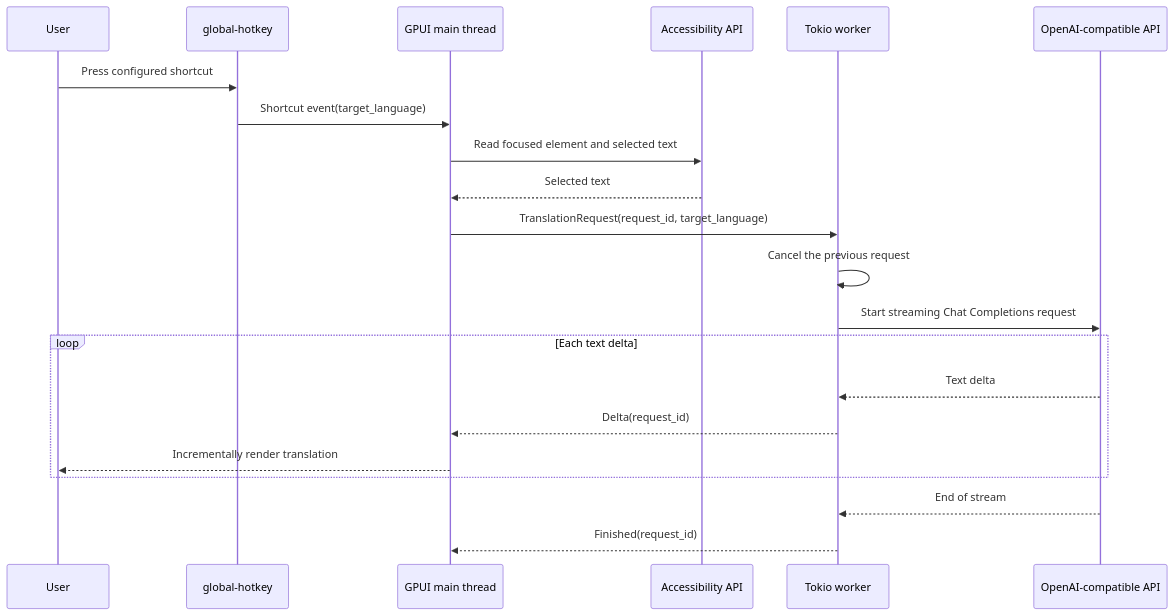
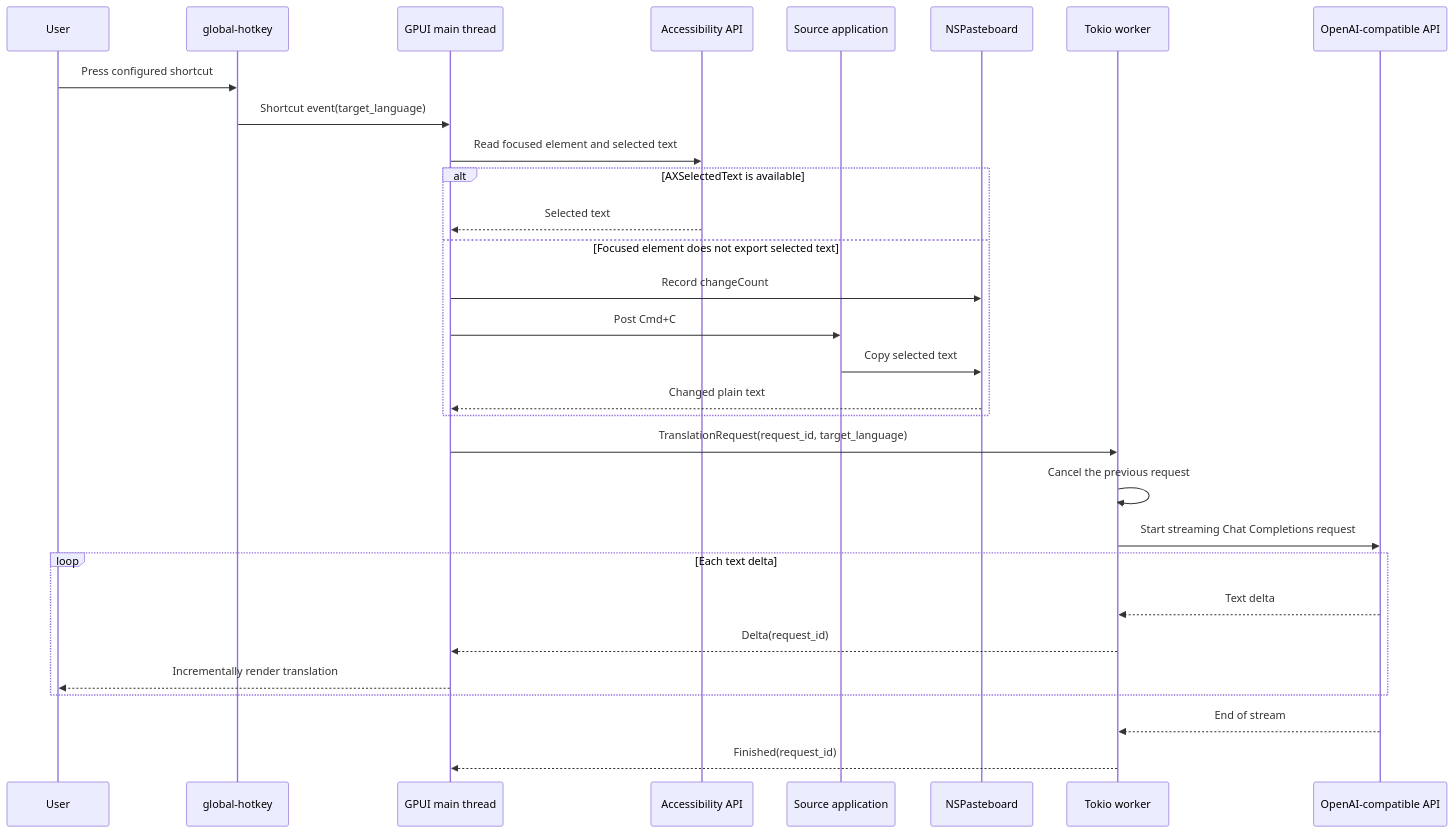
The second of 2 diagrams in README.ja.md (totto2727-org/glossshift), drawn with Mermaid before and after one commit. The commit also changed other lines of this file and 6 other files, not shown here.

First line of the commit message:
feat: capture selected text with simulated copy

````diff
--- a/README.ja.md
+++ b/README.ja.md
@@ -120,23 +125,32 @@
 ```mermaid
 sequenceDiagram
     participant User
     participant Hotkey as global-hotkey
     participant UI as GPUI main thread
     participant AX as Accessibility API
+    participant Source as Source application
+    participant Clipboard as NSPasteboard
     participant Worker as Tokio worker
     participant LLM as OpenAI-compatible API
     User->>Hotkey: Press configured shortcut
     Hotkey->>UI: Shortcut event(target_language)
     UI->>AX: Read focused element and selected text
-    AX-->>UI: Selected text
+    alt AXSelectedText is available
+        AX-->>UI: Selected text
+    else Focused element does not export selected text
+        UI->>Clipboard: Record changeCount
+        UI->>Source: Post Cmd+C
+        Source->>Clipboard: Copy selected text
+        Clipboard-->>UI: Changed plain text
+    end
     UI->>Worker: TranslationRequest(request_id, target_language)
     Worker->>Worker: Cancel the previous request
     Worker->>LLM: Start streaming Chat Completions request
     loop Each text delta
         LLM-->>Worker: Text delta
         Worker-->>UI: Delta(request_id)
         UI-->>User: Incrementally render translation
     end
     LLM-->>Worker: End of stream
     Worker-->>UI: Finished(request_id)
 ```
````
